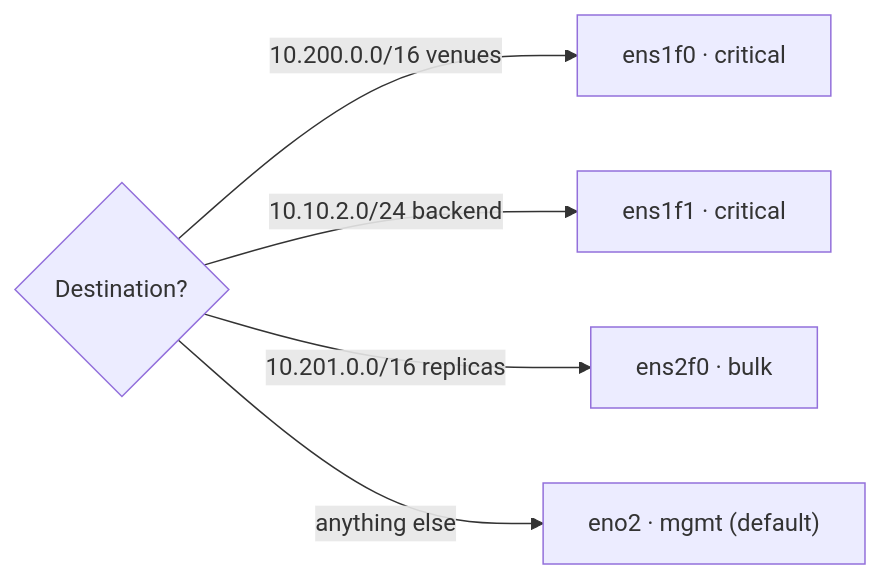
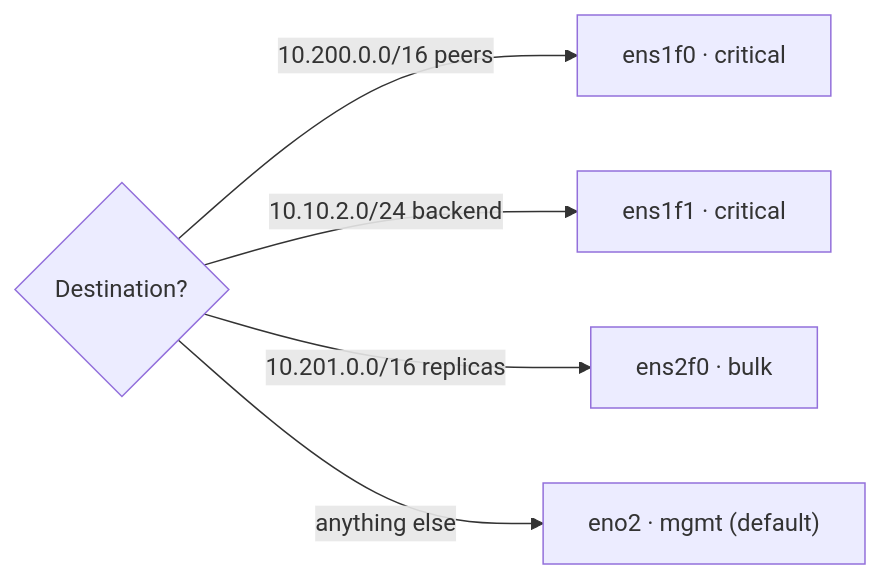
Before and after one commit to vitor-tadashi/mechanical-sympathy: the second of 2 diagrams in examples/network-segmentation-example.md, drawn with Mermaid. The commit also changed other lines of this file and 16 other files, not shown here.

````diff
--- a/examples/network-segmentation-example.md
+++ b/examples/network-segmentation-example.md
@@ -130,7 +130,7 @@
 ```mermaid
 flowchart LR
-  d{"Destination?"} -- "10.200.0.0/16 venues" --> e1["ens1f0 · critical"]
+  d{"Destination?"} -- "10.200.0.0/16 peers" --> e1["ens1f0 · critical"]
   d -- "10.10.2.0/24 backend" --> e2["ens1f1 · critical"]
   d -- "10.201.0.0/16 replicas" --> e4["ens2f0 · bulk"]
   d -- "anything else" --> e6["eno2 · mgmt (default)"]
 ```
````
